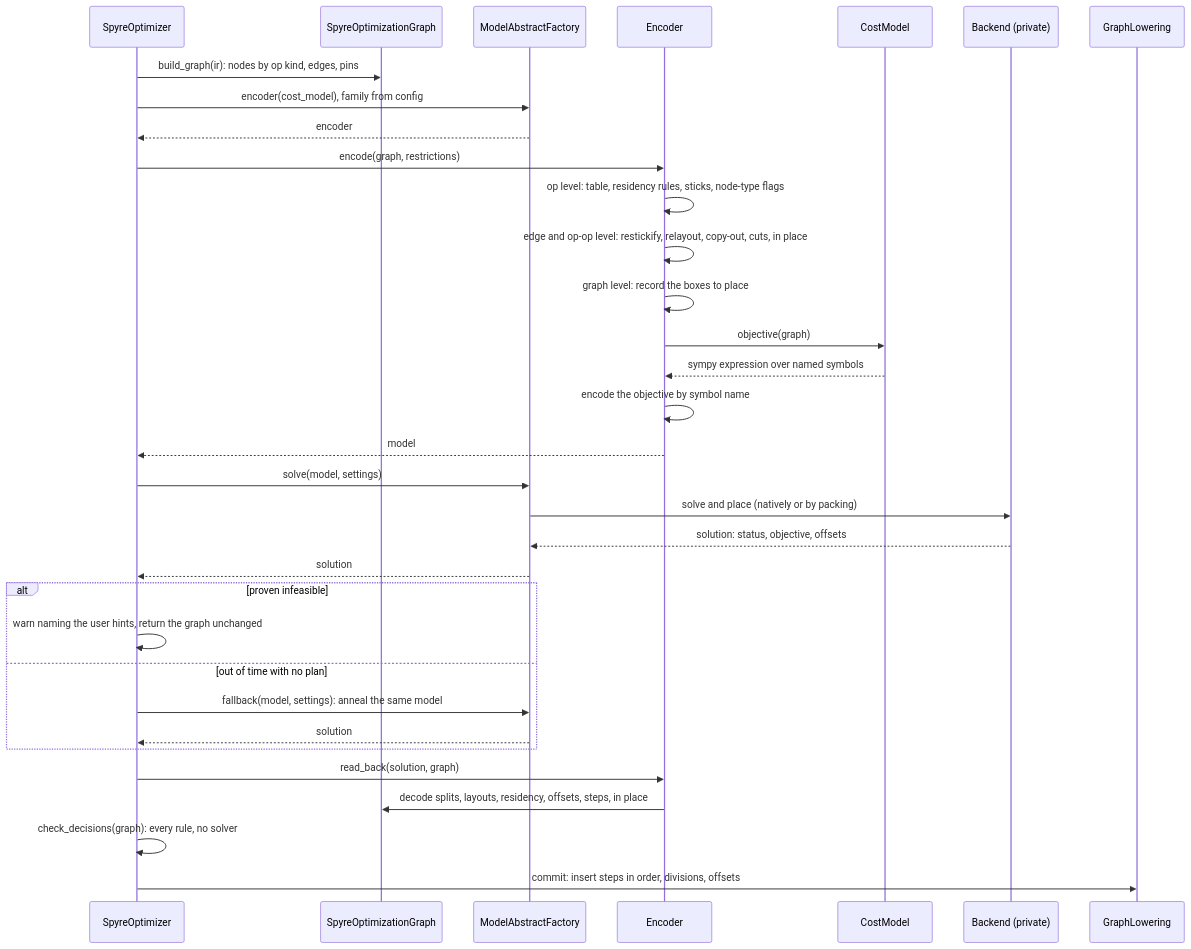
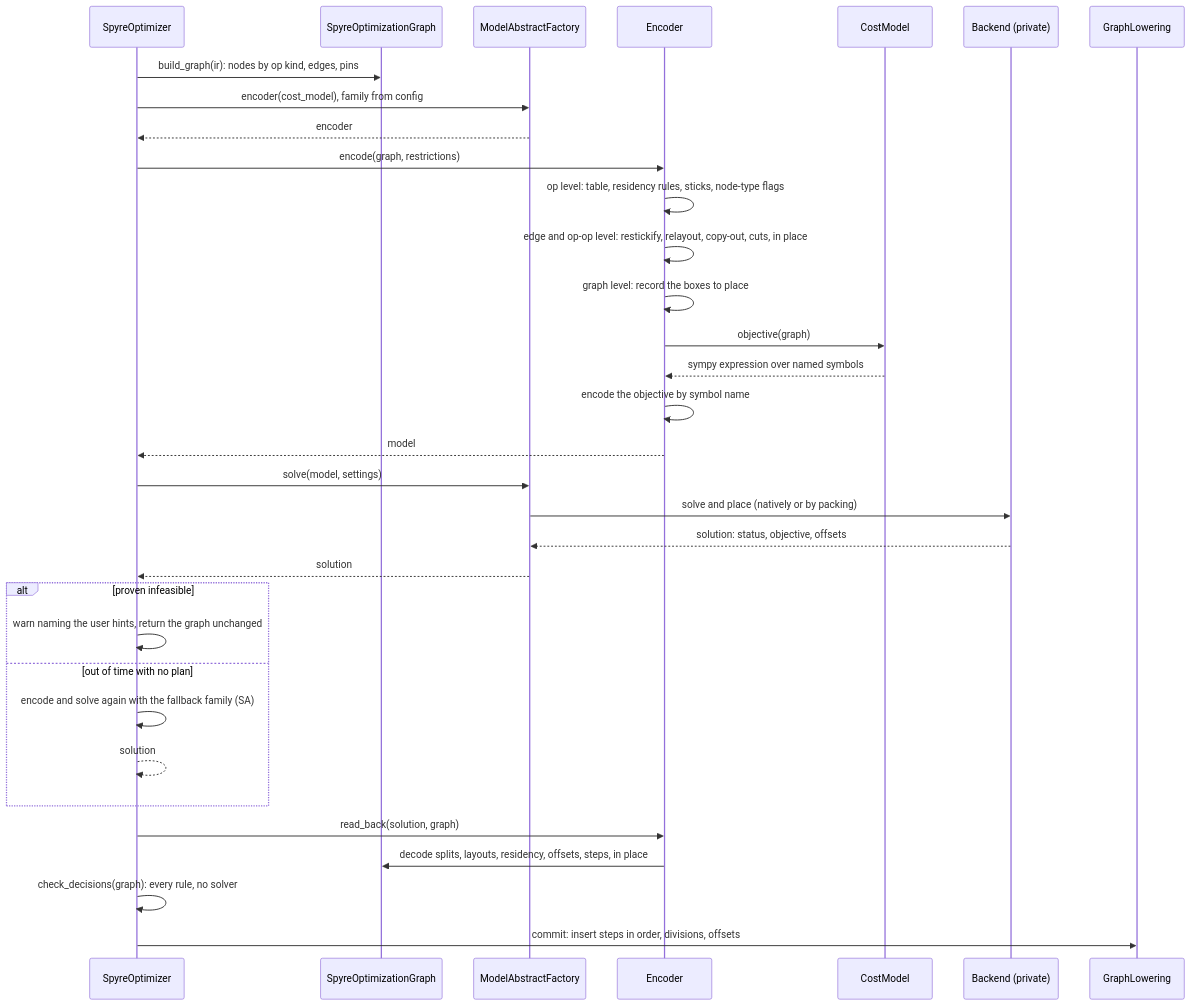
The fifth of 5 diagrams in plans/lx-allocator.md (spectre-ns/spyre-roadmap), drawn with Mermaid before and after one commit. The commit also changed other lines of this file, not shown here.

First line of the commit message:
Add the SA family with its own anneal model to the LX allocator plan

````diff
--- a/plans/lx-allocator.md
+++ b/plans/lx-allocator.md
@@ -346,36 +361,36 @@
 ```mermaid
 sequenceDiagram
     participant O as SpyreOptimizer
     participant G as SpyreOptimizationGraph
     participant F as ModelAbstractFactory
     participant E as Encoder
     participant C as CostModel
     participant B as Backend (private)
     participant IR as GraphLowering
 
     O->>G: build_graph(ir): nodes by op kind, edges, pins
     O->>F: encoder(cost_model), family from config
     F-->>O: encoder
     O->>E: encode(graph, restrictions)
     E->>E: op level: table, residency rules, sticks, node-type flags
     E->>E: edge and op-op level: restickify, relayout, copy-out, cuts, in place
     E->>E: graph level: record the boxes to place
     E->>C: objective(graph)
     C-->>E: sympy expression over named symbols
     E->>E: encode the objective by symbol name
     E-->>O: model
     O->>F: solve(model, settings)
     F->>B: solve and place (natively or by packing)
     B-->>F: solution: status, objective, offsets
     F-->>O: solution
     alt proven infeasible
         O->>O: warn naming the user hints, return the graph unchanged
     else out of time with no plan
-        O->>F: fallback(model, settings): anneal the same model
-        F-->>O: solution
+        O->>O: encode and solve again with the fallback family (SA)
+        O-->>O: solution
     end
     O->>E: read_back(solution, graph)
     E->>G: decode splits, layouts, residency, offsets, steps, in place
     O->>O: check_decisions(graph): every rule, no solver
     O->>IR: commit: insert steps in order, divisions, offsets
 ```
````
